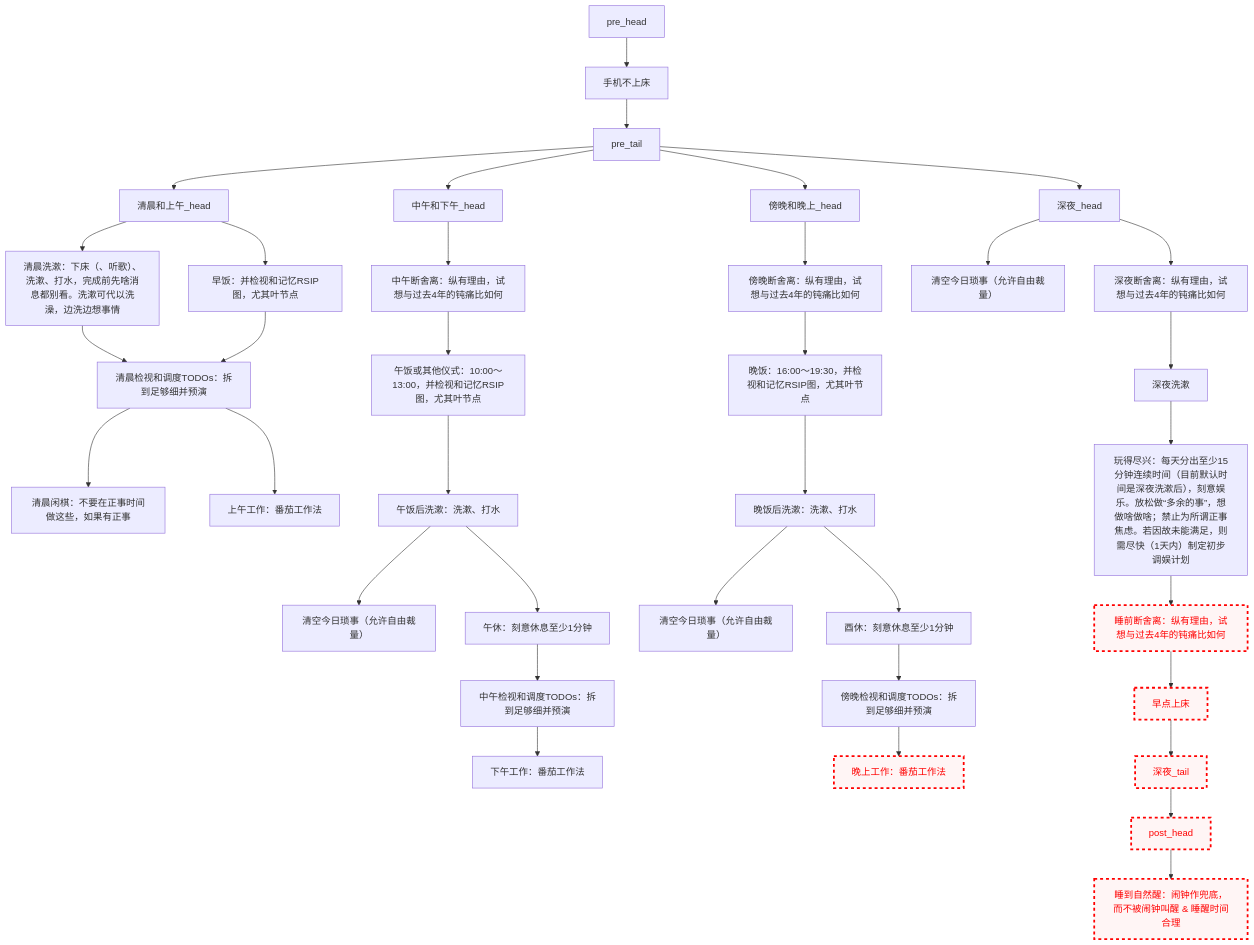
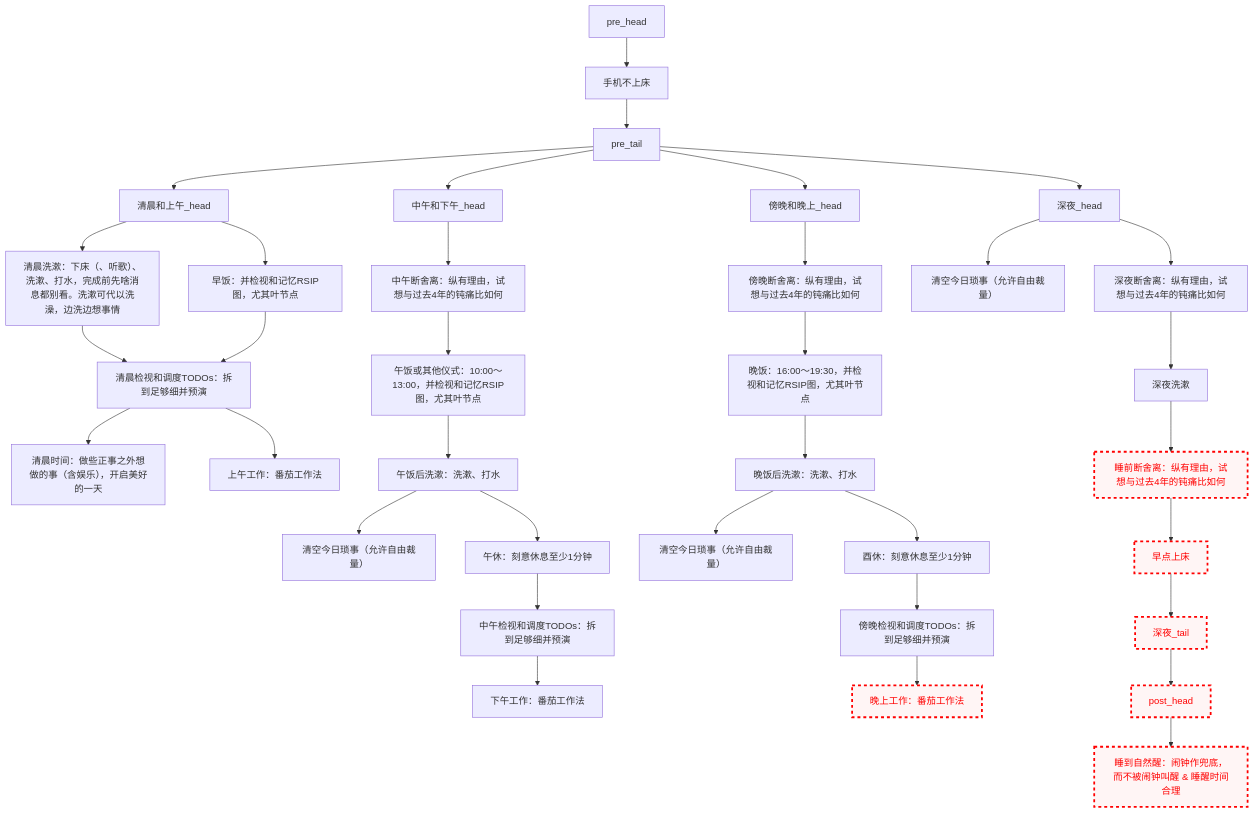
One commit to Ethkuil/RSIP-tree changed the diagram in README.md. Above: the diagram before and after it, drawn with Mermaid.

Commit message:
feat!: 将娱乐时间从深夜移动到清晨
考虑晚上娱乐容易神经兴奋影响入睡和导致熬夜。改成清晨吧，开启美好的一天。

````diff
--- a/README.md
+++ b/README.md
@@ -21,54 +21,53 @@
 ```mermaid
 graph TD
 
 classDef failed stroke:#ff0000, stroke-width:3px, color:#ff0000, fill:#fff5f5, stroke-dasharray: 5
 
 pre_head --> 手机不上床
 手机不上床 --> pre_tail
 
 
 pre_tail --> 清晨和上午_head
 清晨和上午_head --> 清晨洗漱[清晨洗漱：下床（、听歌）、洗漱、打水，完成前先啥消息都别看。洗漱可代以洗澡，边洗边想事情]
 清晨和上午_head --> 早饭[早饭：并检视和记忆RSIP图，尤其叶节点]
 清晨洗漱 --> 清晨看TODO[清晨检视和调度TODOs：拆到足够细并预演]
 早饭 --> 清晨看TODO
-清晨看TODO --> 清晨闲棋[清晨闲棋：不要在正事时间做这些，如果有正事]
+清晨看TODO --> 清晨时间[清晨时间：做些正事之外想做的事（含娱乐），开启美好的一天]
 清晨看TODO --> 上午工作[上午工作：番茄工作法]
 
 pre_tail --> 中午和下午_head
 中午和下午_head --> 中午断舍离[中午断舍离：纵有理由，试想与过去4年的钝痛比如何]
 中午断舍离 --> 午饭[午饭或其他仪式：10:00～13:00，并检视和记忆RSIP图，尤其叶节点]
 午饭 --> 午饭后洗漱[午饭后洗漱：洗漱、打水]
 午饭后洗漱 --> 中午今日琐事[清空今日琐事（允许自由裁量）]
 午饭后洗漱 --> 午休[午休：刻意休息至少1分钟]
 午休 --> 中午看TODO[中午检视和调度TODOs：拆到足够细并预演]
 中午看TODO --> 下午工作[下午工作：番茄工作法]
 
 pre_tail --> 傍晚和晚上_head
 傍晚和晚上_head --> 傍晚断舍离[傍晚断舍离：纵有理由，试想与过去4年的钝痛比如何]
 傍晚断舍离 --> 晚饭[晚饭：16:00～19:30，并检视和记忆RSIP图，尤其叶节点]
 晚饭 --> 晚饭后洗漱[晚饭后洗漱：洗漱、打水]
 晚饭后洗漱 --> 傍晚今日琐事[清空今日琐事（允许自由裁量）]
 晚饭后洗漱 --> 酉休[酉休：刻意休息至少1分钟]
 酉休 --> 傍晚看TODO[傍晚检视和调度TODOs：拆到足够细并预演]
 傍晚看TODO --> 晚上工作[晚上工作：番茄工作法]
 class 晚上工作 failed
 
 pre_tail --> 深夜_head
 深夜_head --> 深夜今日琐事[清空今日琐事（允许自由裁量）]
 深夜_head --> 深夜断舍离[深夜断舍离：纵有理由，试想与过去4年的钝痛比如何]
 深夜断舍离 --> 深夜洗漱
-深夜洗漱 --> 玩得尽兴[玩得尽兴：每天分出至少15分钟连续时间（目前默认时间是深夜洗漱后），刻意娱乐。放松做“多余的事”，想做啥做啥；禁止为所谓正事焦虑。若因故未能满足，则需尽快（1天内）制定初步调娱计划]
-玩得尽兴 --> 睡前断舍离[睡前断舍离：纵有理由，试想与过去4年的钝痛比如何]
+深夜洗漱 --> 睡前断舍离[睡前断舍离：纵有理由，试想与过去4年的钝痛比如何]
 class 睡前断舍离 failed
 睡前断舍离 --> 早点上床
 class 早点上床 failed
 早点上床 --> 深夜_tail
 class 深夜_tail failed
 
 
 深夜_tail --> post_head
 class post_head failed
 post_head --> 睡到自然醒[睡到自然醒：闹钟作兜底，而不被闹钟叫醒 & 睡醒时间合理]
 class 睡到自然醒 failed
 ```
````
